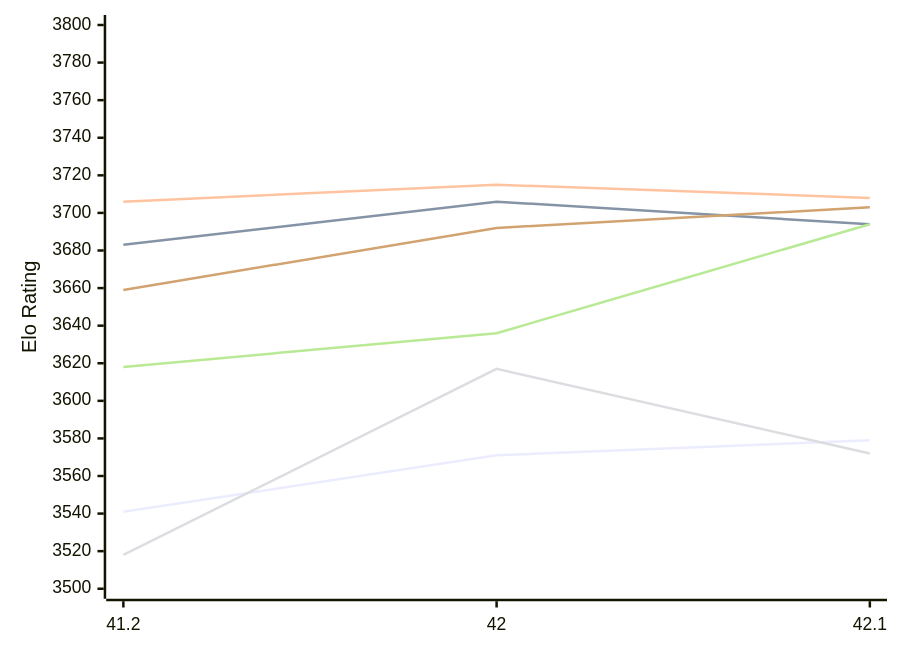
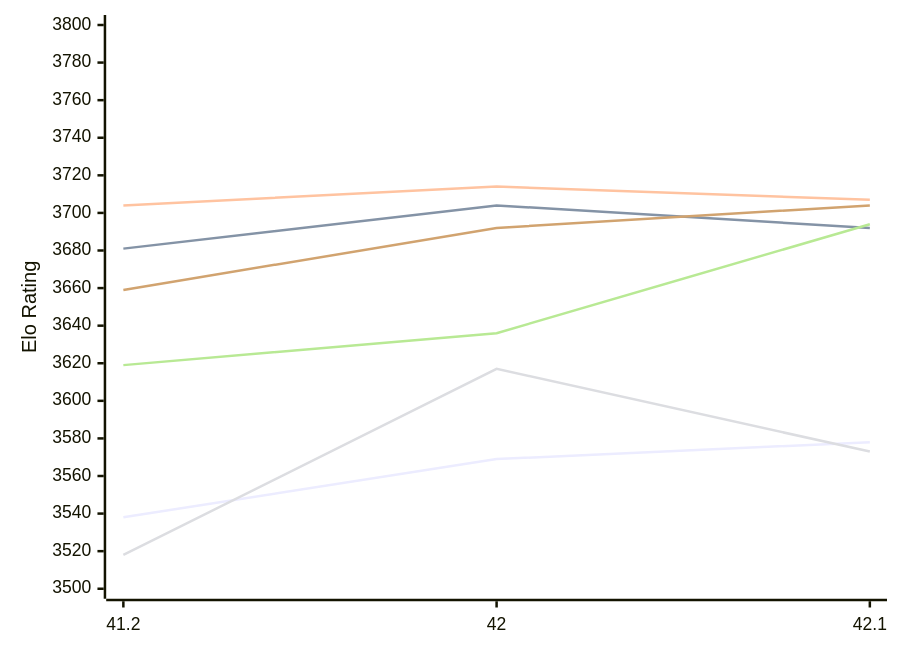
The first of 2 diagrams in engines/Shashchess.md (computer-chess-index/cci), drawn with Mermaid before and after one commit. The commit also changed other lines of this file, not shown here.

Commit message:
Update CCI Ratings (ELO VLTC) - 2026-11-28

````diff
--- a/engines/Shashchess.md
+++ b/engines/Shashchess.md
@@ -52,12 +52,12 @@
 ```mermaid
 %%{init: {"theme":"base","themeVariables":{"seriesColors:['#a3a3a3','#222221','#faa371']}}}%%
 xychart-beta
   x-axis ["41.2", "42", "42.1"]
   y-axis "Elo Rating" 3500 --> 3800
-  line "E1: STC (8.0+0.08s)" [3541, 3571, 3579]
-  line "E1: LTC (60.0+0.60s)" [3683, 3706, 3694]
-  line "E1: VLTC (2m24s+1.12s)" [3706, 3715, 3708]
-  line "P1: STC (8.0+0.08s)" [3518, 3617, 3572]
-  line "P1: LTC (60.0+0.60s)" [3618, 3636, 3694]
-  line "P1: VLTC (2m24s+1.12s)" [3659, 3692, 3703]
+  line "E1: STC (8.0+0.08s)" [3538, 3569, 3578]
+  line "E1: LTC (60.0+0.60s)" [3681, 3704, 3692]
+  line "E1: VLTC (2m24s+1.12s)" [3704, 3714, 3707]
+  line "P1: STC (8.0+0.08s)" [3518, 3617, 3573]
+  line "P1: LTC (60.0+0.60s)" [3619, 3636, 3694]
+  line "P1: VLTC (2m24s+1.12s)" [3659, 3692, 3704]
 ```
````
